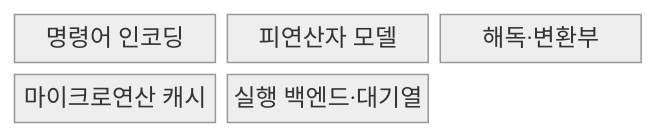
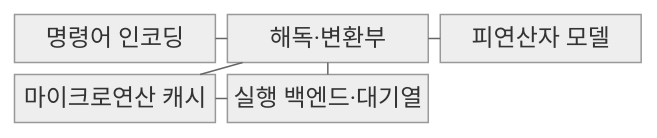
One commit to agnusdei1207/knowledge-base changed the first of 2 diagrams in src/content/docs/notes/02-hardware/003_risc_vs_cisc.md. Above: the diagram before and after it, drawn with Mermaid (neutral theme). The commit also changed other lines of this file and 20 other files, not shown here.

````diff
--- a/src/content/docs/notes/02-hardware/003_risc_vs_cisc.md
+++ b/src/content/docs/notes/02-hardware/003_risc_vs_cisc.md
@@ -67,10 +67,9 @@
 ```mermaid
 block
     columns 3
-    E["명령어 인코딩"]
-    O["피연산자 모델"]
-    D["해독·변환부"]
-    U["마이크로연산 캐시"]
-    X["실행 백엔드·대기열"]
-    space
+    E["명령어 인코딩"] --- D["해독·변환부"]
+    O["피연산자 모델"] --- D
+    D --- U["마이크로연산 캐시"]
+    D --- X["실행 백엔드·대기열"]
+    U --- X
 ```
````
